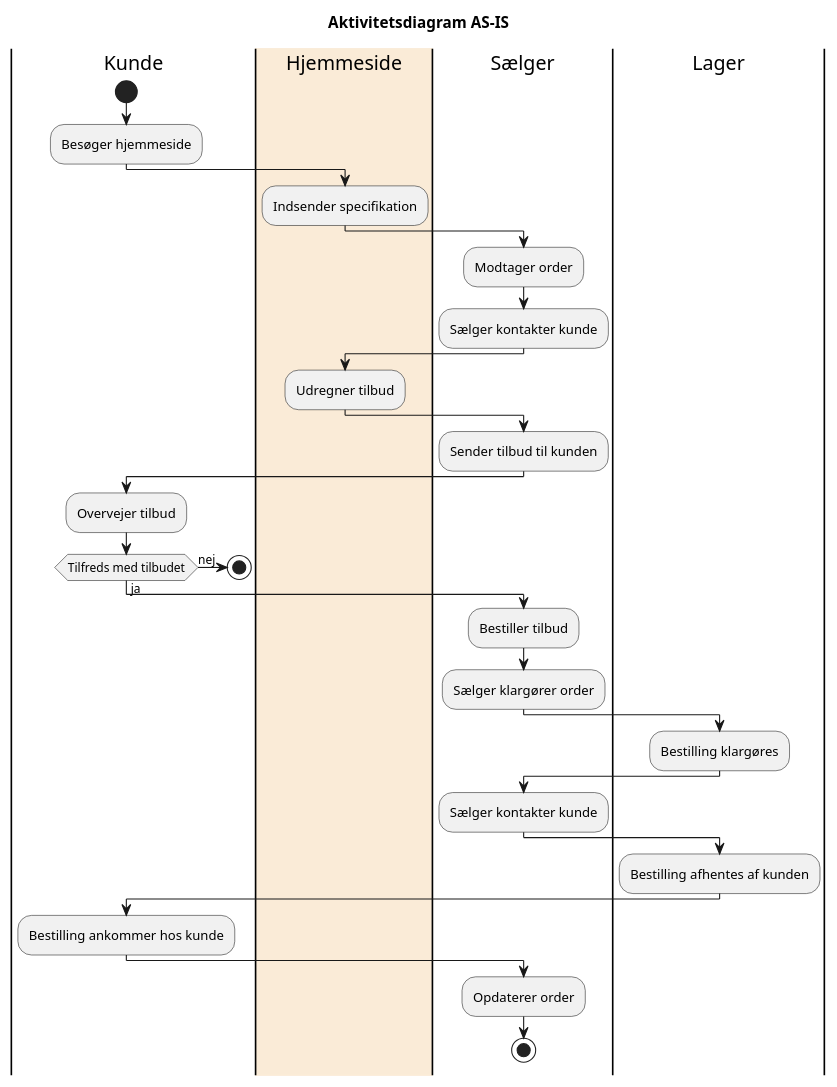
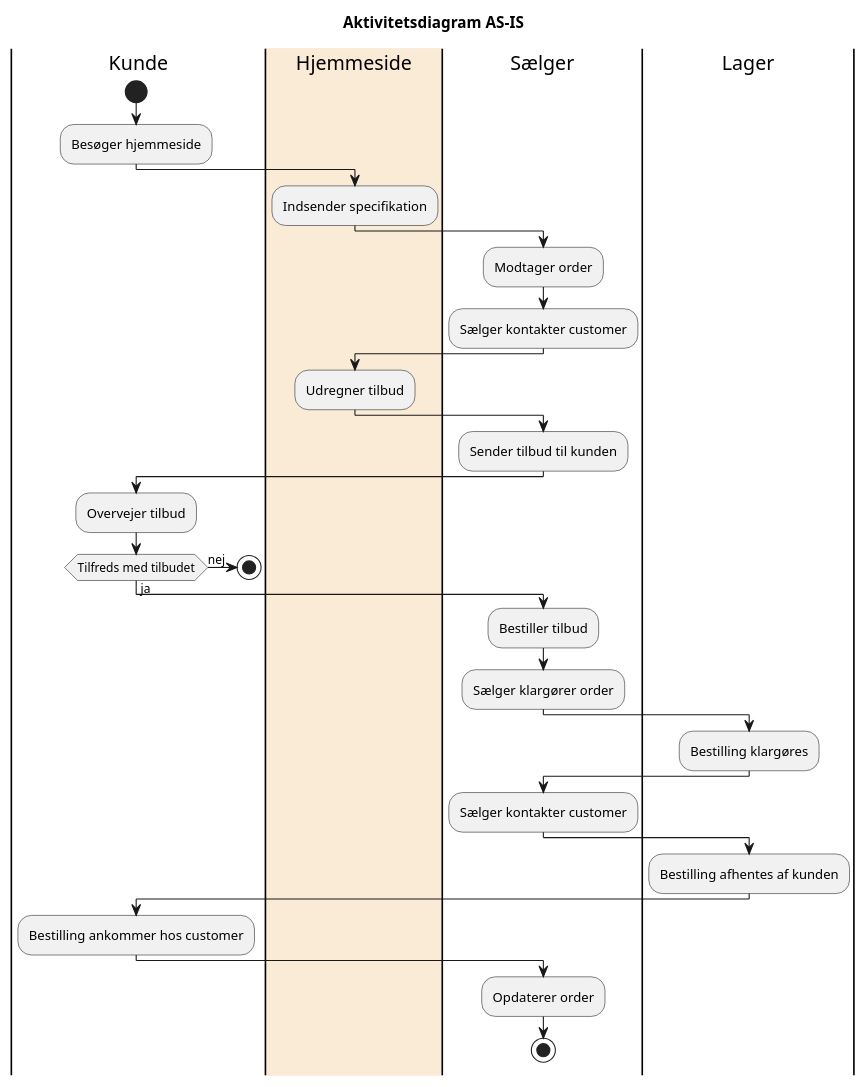
The diagram in Documentation/UML/CupCake_Activity_AS-IS.puml (codergram/Fog), drawn with PlantUML before and after one commit. The commit also changed 11 other files, not shown here.

```diff
--- a/Documentation/UML/CupCake_Activity_AS-IS.puml
+++ b/Documentation/UML/CupCake_Activity_AS-IS.puml
@@ -1,50 +1,50 @@
 @startuml
 Title Aktivitetsdiagram AS-IS
 
 
 |Kunde|
 start
 :Besøger hjemmeside;
 
 |#AntiqueWhite|Hjemmeside|
 :Indsender specifikation;
 
 |Sælger|
 :Modtager order;
-:Sælger kontakter kunde;
+:Sælger kontakter customer;
 
 |#AntiqueWhite|Hjemmeside|
 :Udregner tilbud;
 
 |Sælger|
 :Sender tilbud til kunden;
 
 |Kunde|
 :Overvejer tilbud;
     if (Tilfreds med tilbudet) equals (nej) then
     stop
 
     else (ja)
     |Sælger|
     :Bestiller tilbud;
     :Sælger klargører order;
 
     |Lager|
     :Bestilling klargøres;
 
     |Sælger|
-    :Sælger kontakter kunde;
+    :Sælger kontakter customer;
 
     |Lager|
     :Bestilling afhentes af kunden;
 
     |Kunde|
-    :Bestilling ankommer hos kunde;
+    :Bestilling ankommer hos customer;
 
     |Sælger|
     :Opdaterer order;
     stop
 
 
 
 @enduml
```
